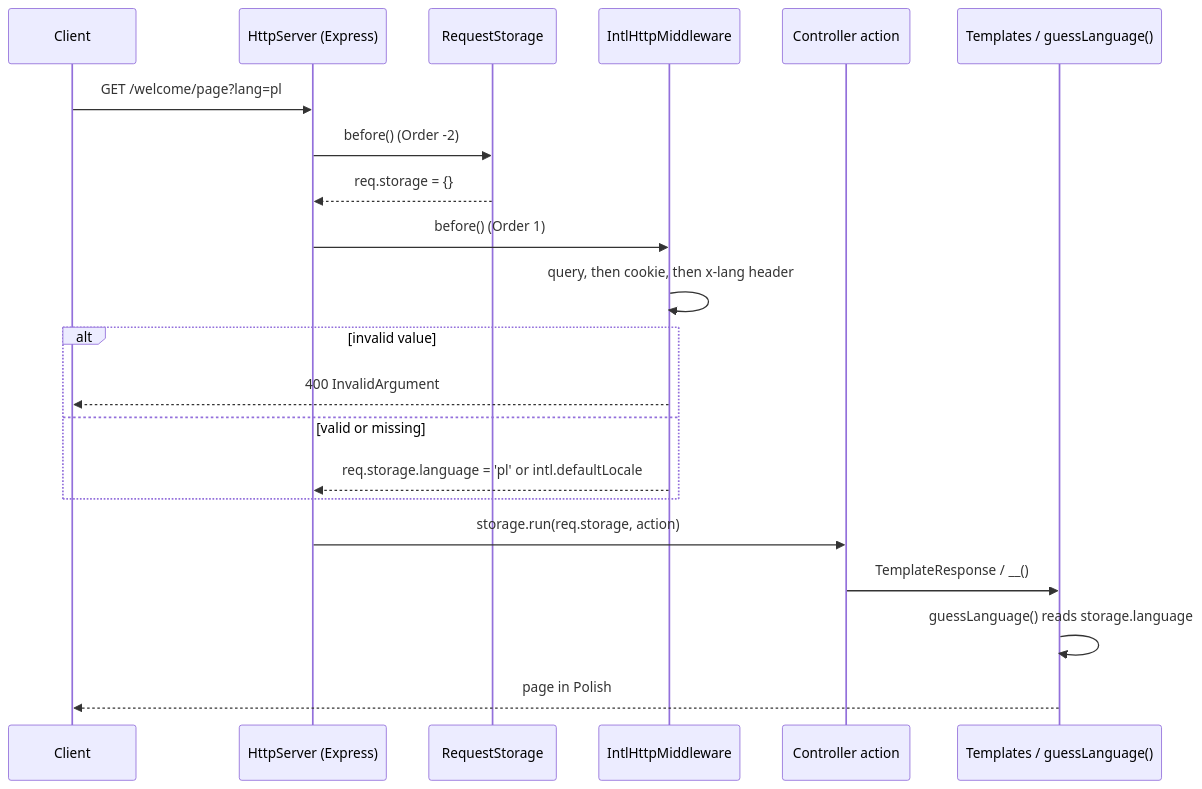
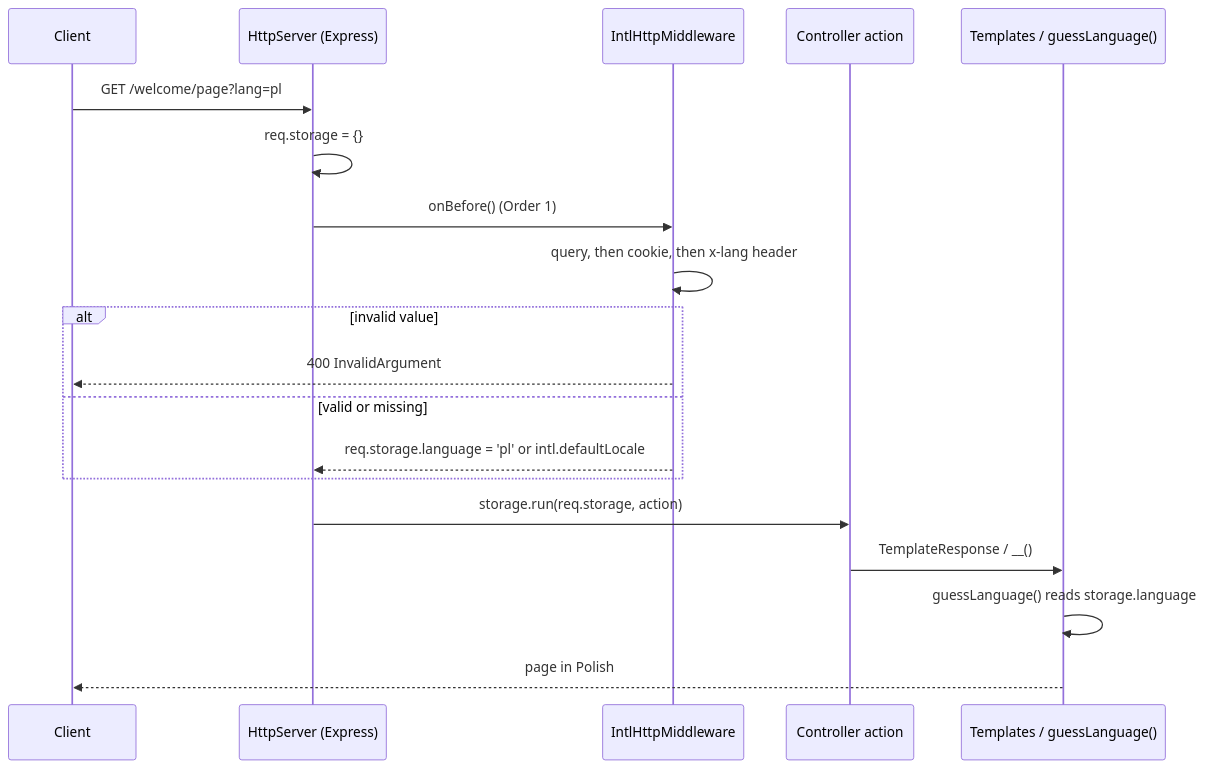
Before and after one commit to spinajs/main: the diagram in docs/intl-http/01-request-language.md, drawn with Mermaid. The commit also changed other lines of this file and 34 other files, not shown here.

````diff
--- a/docs/intl-http/01-request-language.md
+++ b/docs/intl-http/01-request-language.md
@@ -21,23 +21,21 @@
 ```mermaid
 sequenceDiagram
   participant C as Client
   participant S as HttpServer (Express)
-  participant R as RequestStorage
   participant M as IntlHttpMiddleware
   participant A as Controller action
   participant T as Templates / guessLanguage()
   C->>S: GET /welcome/page?lang=pl
-  S->>R: before() (Order -2)
-  R-->>S: req.storage = {}
-  S->>M: before() (Order 1)
+  S->>S: req.storage = {}
+  S->>M: onBefore() (Order 1)
   M->>M: query, then cookie, then x-lang header
   alt invalid value
     M-->>C: 400 InvalidArgument
   else valid or missing
     M-->>S: req.storage.language = 'pl' or intl.defaultLocale
   end
   S->>A: storage.run(req.storage, action)
   A->>T: TemplateResponse / __()
   T->>T: guessLanguage() reads storage.language
   T-->>C: page in Polish
 ```
````
